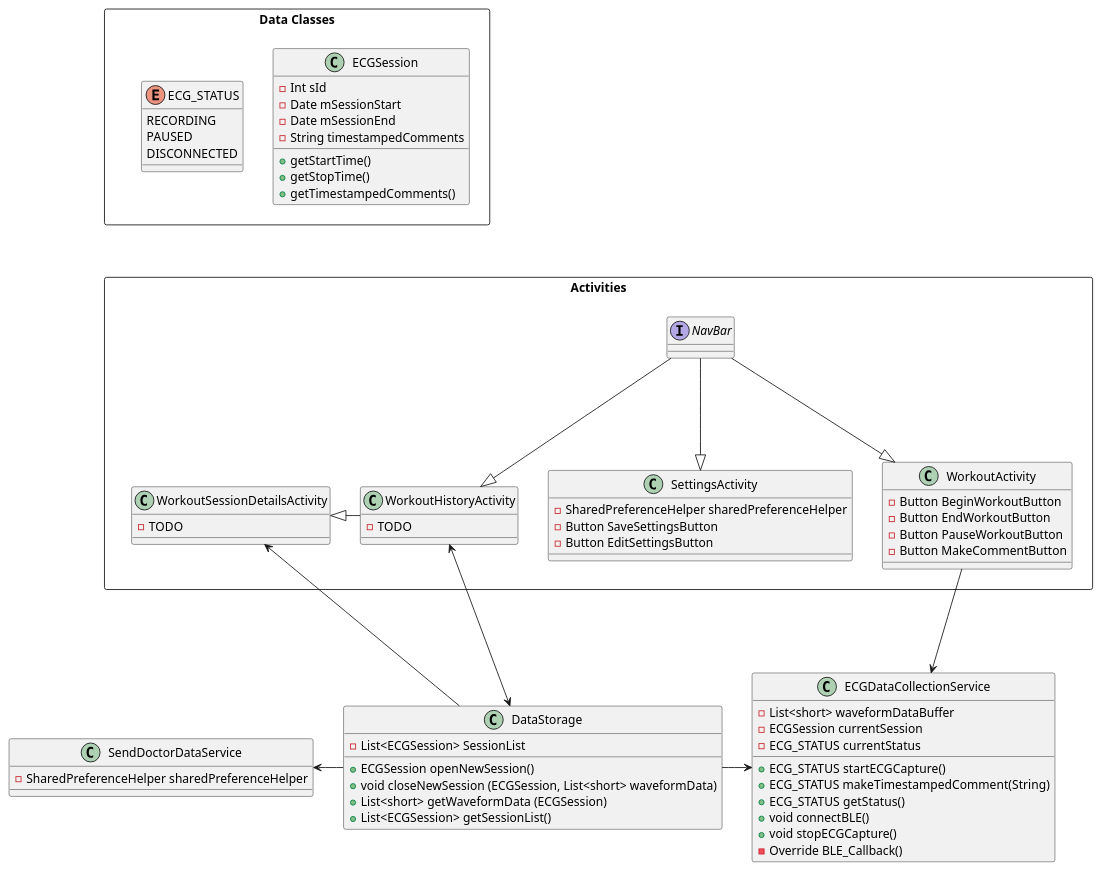
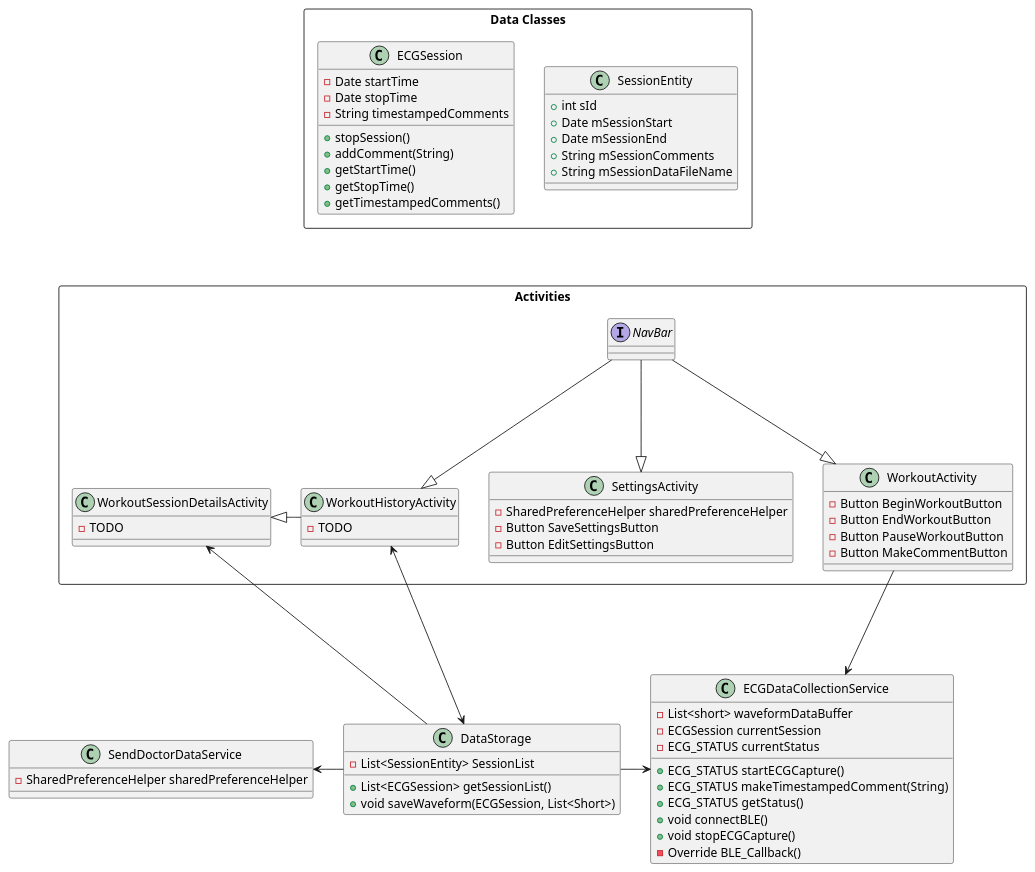
The diagram in app/src/main/java/com/elec390/teamb/ecg/Class_UML.puml (Jamie-uni/ECG-ELEC390), drawn with PlantUML before and after one commit. The commit also changed 3 other files, not shown here.

Commit message:
Database Test changes and updated UML

```diff
--- a/app/src/main/java/com/elec390/teamb/ecg/Class_UML.puml
+++ b/app/src/main/java/com/elec390/teamb/ecg/Class_UML.puml
@@ -1,83 +1,82 @@
 @startuml
 package "Activities" <<rectangle>>  {
     class WorkoutActivity{
         -Button BeginWorkoutButton
         -Button EndWorkoutButton
         -Button PauseWorkoutButton
         -Button MakeCommentButton
 
     }
 
     class WorkoutHistoryActivity{
         -TODO
     }
     class WorkoutSessionDetailsActivity{
         -TODO
     }
     class SettingsActivity{
         - SharedPreferenceHelper sharedPreferenceHelper
         - Button SaveSettingsButton
         - Button EditSettingsButton
 
     }
     interface NavBar
 }
 
 together {
     class ECGDataCollectionService{
         + ECG_STATUS startECGCapture()
         + ECG_STATUS makeTimestampedComment(String)
         + ECG_STATUS getStatus()
         + void connectBLE()
         + void stopECGCapture()
         - Override BLE_Callback()
         - List<short> waveformDataBuffer
         - ECGSession currentSession
         - ECG_STATUS currentStatus
     }
 
     class DataStorage{
-        + ECGSession openNewSession()
-        + void closeNewSession (ECGSession, List<short> waveformData)
-        + List<short> getWaveformData (ECGSession)
         + List<ECGSession> getSessionList()
-
-        - List<ECGSession> SessionList
+        + void saveWaveform(ECGSession, List<Short>)
+        - List<SessionEntity> SessionList
     }
 
 
 
     class SendDoctorDataService{
         - SharedPreferenceHelper sharedPreferenceHelper
     }
 }
 package "Data Classes" <<rectangle>>{
+    class SessionEntity{
+        + int sId
+        + Date mSessionStart
+        + Date mSessionEnd
+        + String mSessionComments
+        + String mSessionDataFileName
+    }
     class ECGSession{
-        - Int sId
-        - Date mSessionStart
-        - Date mSessionEnd
+        - Date startTime
+        - Date stopTime
         - String timestampedComments
+        + stopSession()
+        + addComment(String)
         + getStartTime()
         + getStopTime()
         + getTimestampedComments()
-    }
-
-    Enum ECG_STATUS {
-        RECORDING
-        PAUSED
-        DISCONNECTED
     }
 }
 NavBar ---|> WorkoutHistoryActivity
 NavBar ---|> WorkoutActivity
 NavBar ---|> SettingsActivity
-"Data Classes" -[hidden]-- Activities
+SessionEntity -[hidden]-- NavBar
 SettingsActivity -[hidden]-- DataStorage
 WorkoutHistoryActivity -|> WorkoutSessionDetailsActivity
 WorkoutActivity ---> ECGDataCollectionService
 SendDoctorDataService <- DataStorage
 DataStorage ->  ECGDataCollectionService
 WorkoutHistoryActivity <---> DataStorage
 WorkoutSessionDetailsActivity <--- DataStorage
 
 @enduml
```
